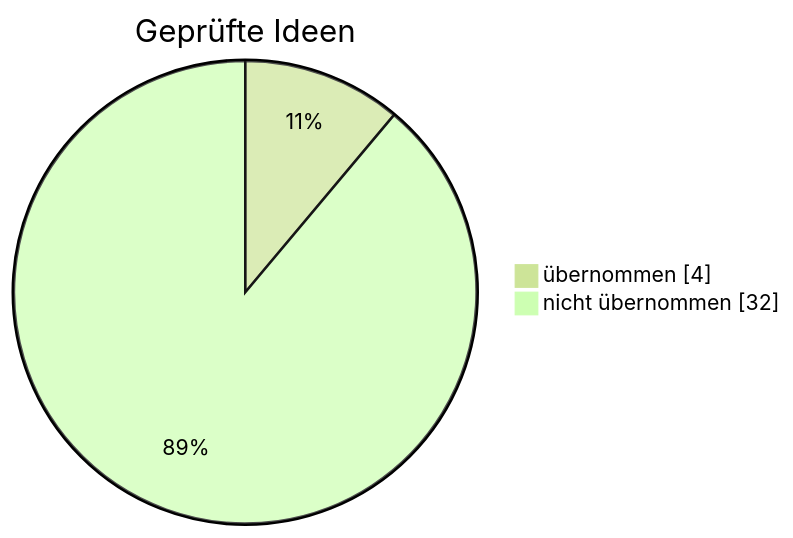
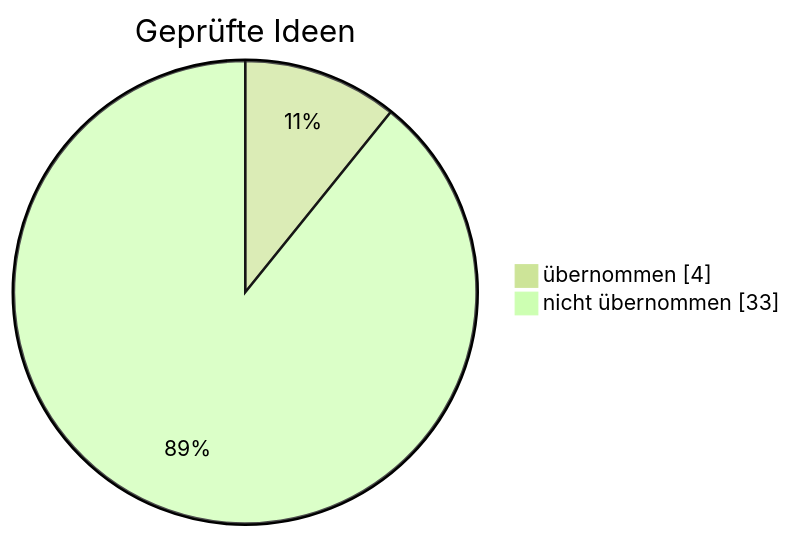
The diagram in gehirn/Notizen/Was der Bot schon weiß.md (sickingmalte-arch/Test-Bot), drawn with Mermaid (forest theme) before and after one commit. The commit also changed other lines of this file and 3 other files, not shown here.

````diff
--- a/gehirn/Notizen/Was der Bot schon weiß.md
+++ b/gehirn/Notizen/Was der Bot schon weiß.md
@@ -19,6 +19,6 @@
 ```mermaid
 pie showData
     title Geprüfte Ideen
     "übernommen" : 4
-    "nicht übernommen" : 32
+    "nicht übernommen" : 33
 ```
````
